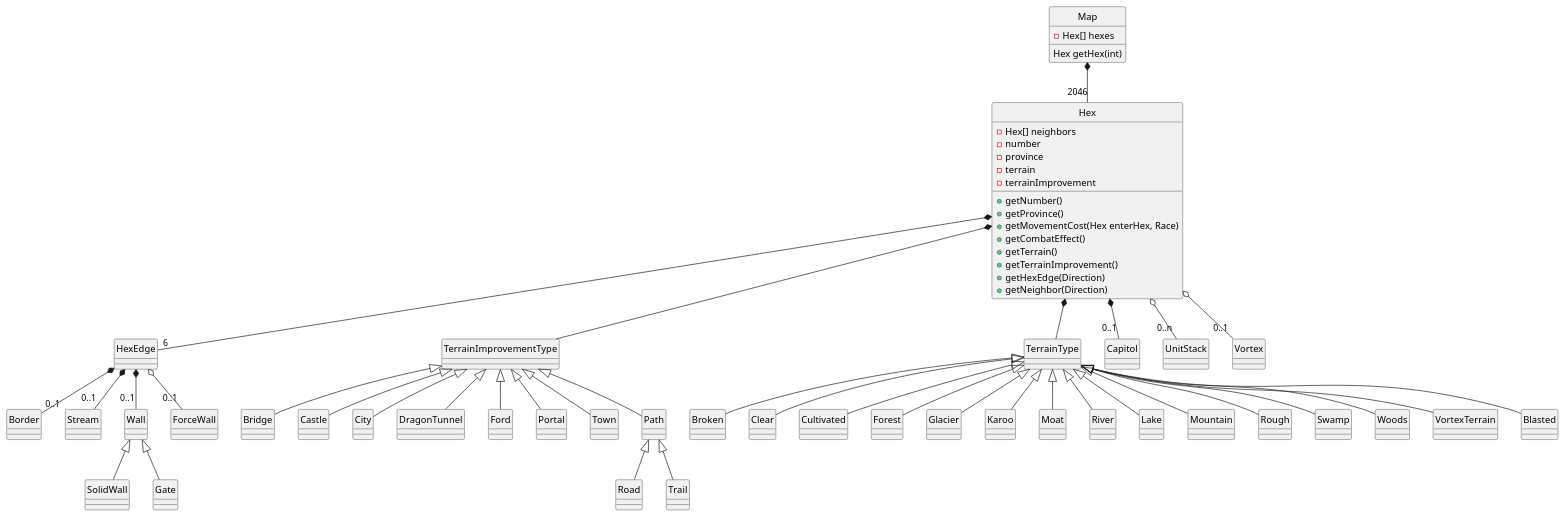
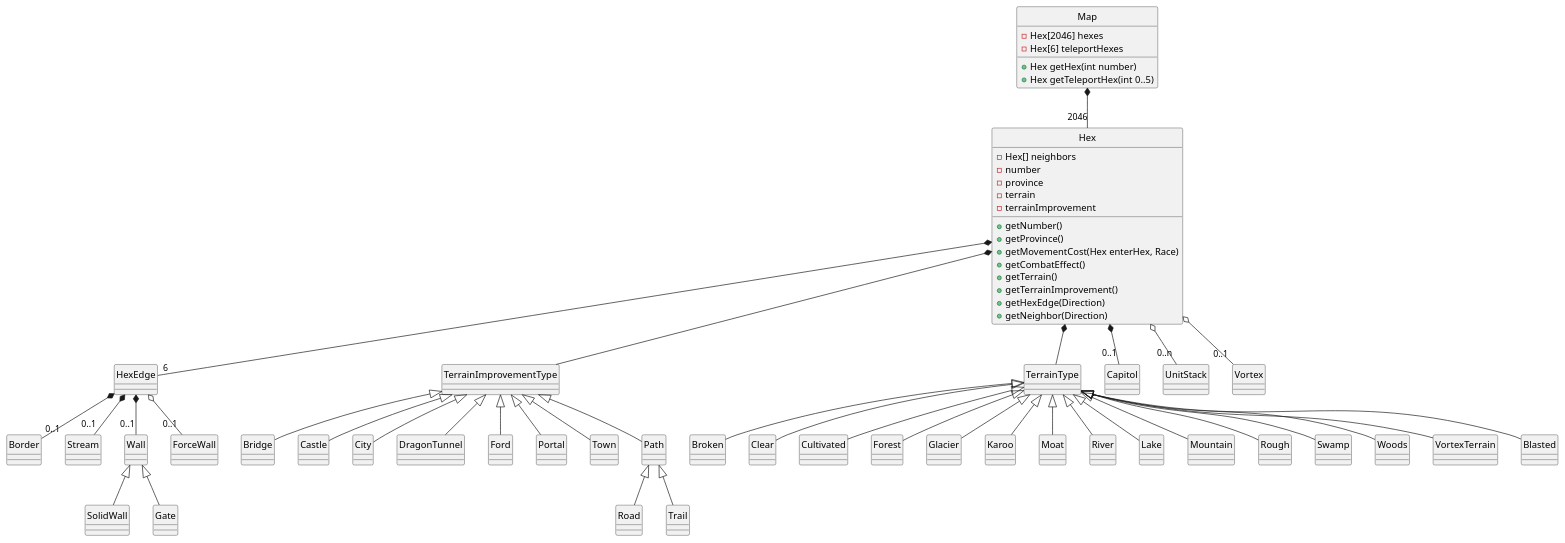
One commit to CS383-Sword-and-Sorcery/HW3 changed the diagram in mapmove.pu. Above: the diagram before and after it, drawn with PlantUML.

```diff
--- a/mapmove.pu
+++ b/mapmove.pu
@@ -1,66 +1,68 @@
 @startuml
 hide circle
 ' <|-- is "extention" and used for class inheritence
 ' *-- is composition (static aggregation), for when b is permanently "part of" a
 ' o-- is aggregation (dynamic aggregation)
 
 class Map {
-    -Hex[] hexes
-	Hex getHex(int)
+    -Hex[2046] hexes
+    -Hex[6] teleportHexes
+	+Hex getHex(int number)
+    +Hex getTeleportHex(int 0..5)
 }
 
 class Hex {
 	-Hex[] neighbors
     -number
     -province
     -terrain
     -terrainImprovement
     +getNumber()
     +getProvince()
     +getMovementCost(Hex enterHex, Race)
     +getCombatEffect()
     +getTerrain()
     +getTerrainImprovement()
 	+getHexEdge(Direction)
     +getNeighbor(Direction)
 }
 
 Map *-- "2046" Hex
 Hex *-- "6" HexEdge
 Hex *-- TerrainImprovementType
 Hex *-- TerrainType
 Hex *-- "0..1" Capitol
 Hex o-- "0..n" UnitStack
 Hex o-- "0..1" Vortex
 HexEdge *-- "0..1" Border
 HexEdge *-- "0..1" Stream
 HexEdge *-- "0..1" Wall
                    Wall <|-- SolidWall
                    Wall <|-- Gate
 HexEdge o-- "0..1" ForceWall
 TerrainType <|-- Broken
 TerrainType <|-- Clear
 TerrainType <|-- Cultivated
 TerrainType <|-- Forest
 TerrainType <|-- Glacier
 TerrainType <|-- Karoo
 TerrainType <|-- Moat
 TerrainType <|-- River
 TerrainType <|-- Lake
 TerrainType <|-- Mountain
 TerrainType <|-- Rough
 TerrainType <|-- Swamp
 TerrainType <|-- Woods
 TerrainType <|-- VortexTerrain
 TerrainType <|-- Blasted
 TerrainImprovementType <|-- Bridge
 TerrainImprovementType <|-- Castle
 TerrainImprovementType <|-- City
 TerrainImprovementType <|-- DragonTunnel
 TerrainImprovementType <|-- Ford
 TerrainImprovementType <|-- Portal
 TerrainImprovementType <|-- Town
 TerrainImprovementType <|-- Path
                             Path <|-- Road
                             Path <|-- Trail
 @enduml
```
